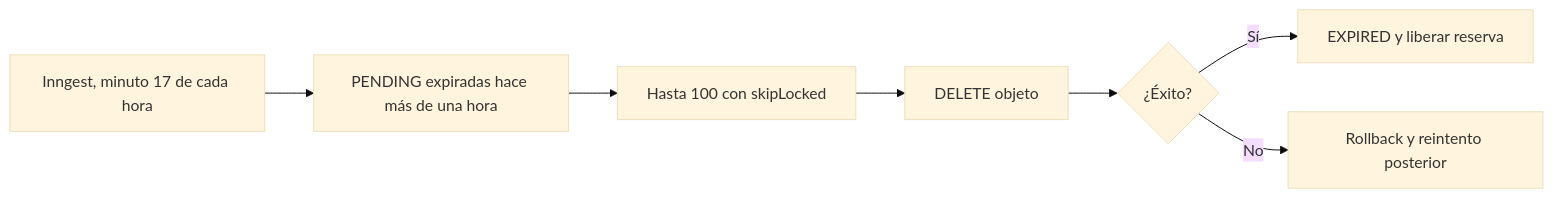
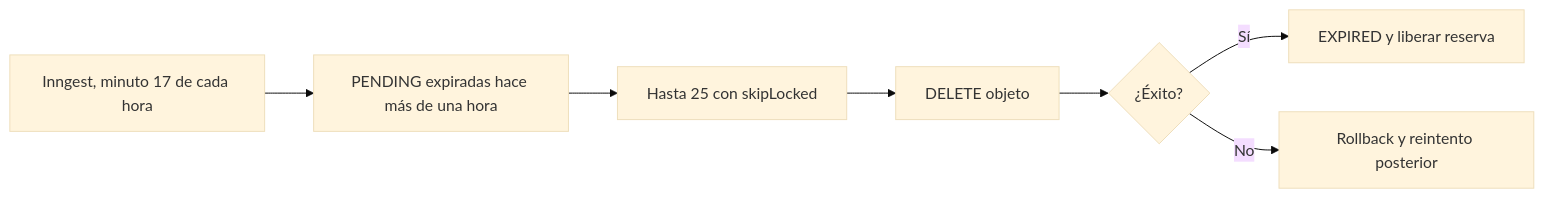
One commit to SaeBryxn/GamerPeru-Vercel changed the ninth of 11 diagrams in docs/project/05-flujos.md. Above: the diagram before and after it, drawn with Mermaid (base theme). The commit also changed 8 other files, not shown here.

````diff
--- a/docs/project/05-flujos.md
+++ b/docs/project/05-flujos.md
@@ -155,9 +155,9 @@
 ```mermaid
 flowchart LR
   Cron[Inngest, minuto 17 de cada hora] --> Select[PENDING expiradas hace más de una hora]
-  Select --> Lock[Hasta 100 con skipLocked]
+  Select --> Lock[Hasta 25 con skipLocked]
   Lock --> Delete[DELETE objeto]
   Delete --> Success{¿Éxito?}
   Success -->|Sí| Expire[EXPIRED y liberar reserva]
   Success -->|No| Rollback[Rollback y reintento posterior]
 ```
````
